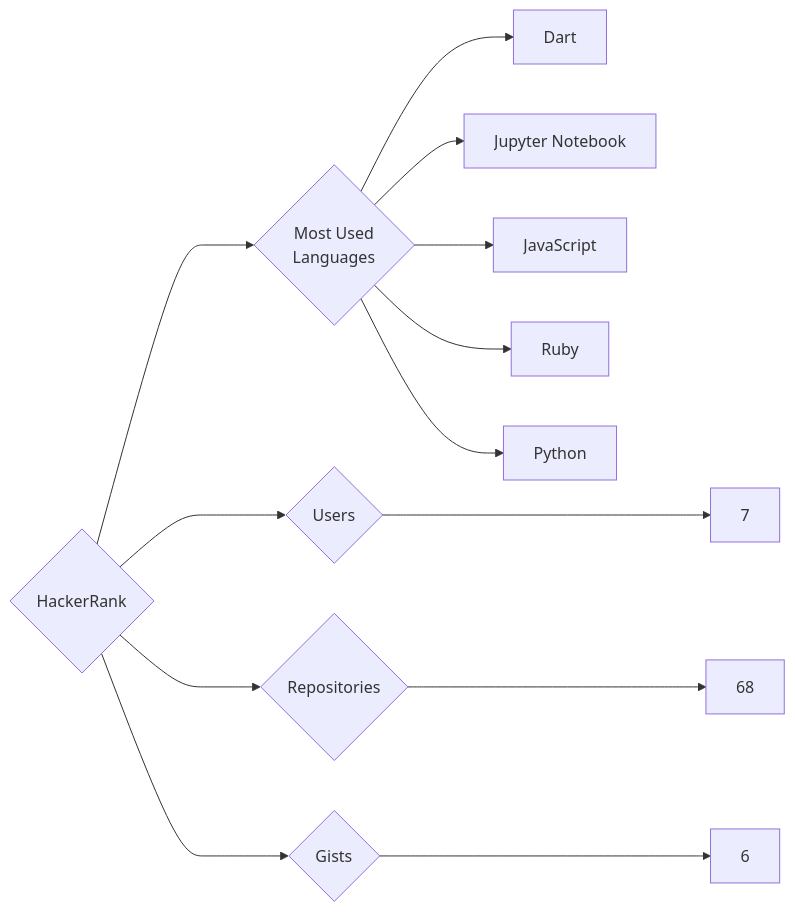
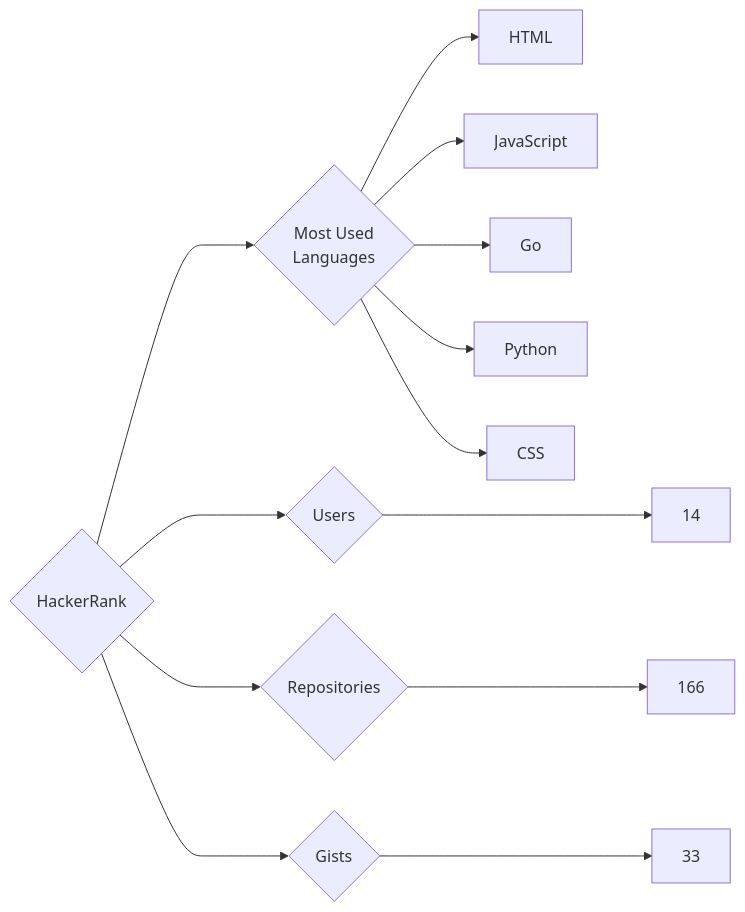
The diagram in targets/HackerRank/README.md (trickest/insiders), drawn with Mermaid before and after one commit. The commit also changed 993 other files, not shown here.

````diff
--- a/targets/HackerRank/README.md
+++ b/targets/HackerRank/README.md
@@ -3,13 +3,13 @@
 ```mermaid
 graph LR
 COMPANY_NAME{HackerRank}
-COMPANY_NAME ---> U{Users} ---> UN[7]
-COMPANY_NAME ---> R{Repositories} ---> RN[68]
-COMPANY_NAME ---> G{Gists} ---> GN[6]
+COMPANY_NAME ---> U{Users} ---> UN[14]
+COMPANY_NAME ---> R{Repositories} ---> RN[166]
+COMPANY_NAME ---> G{Gists} ---> GN[33]
 COMPANY_NAME ---> ML{Most Used<br>Languages}
-ML --> Dart[Dart]
-ML --> Jupyter_Notebook[Jupyter Notebook]
+ML --> HTML[HTML]
 ML --> JavaScript[JavaScript]
-ML --> Ruby[Ruby]
+ML --> Go[Go]
 ML --> Python[Python]
+ML --> CSS[CSS]
 ```
````
